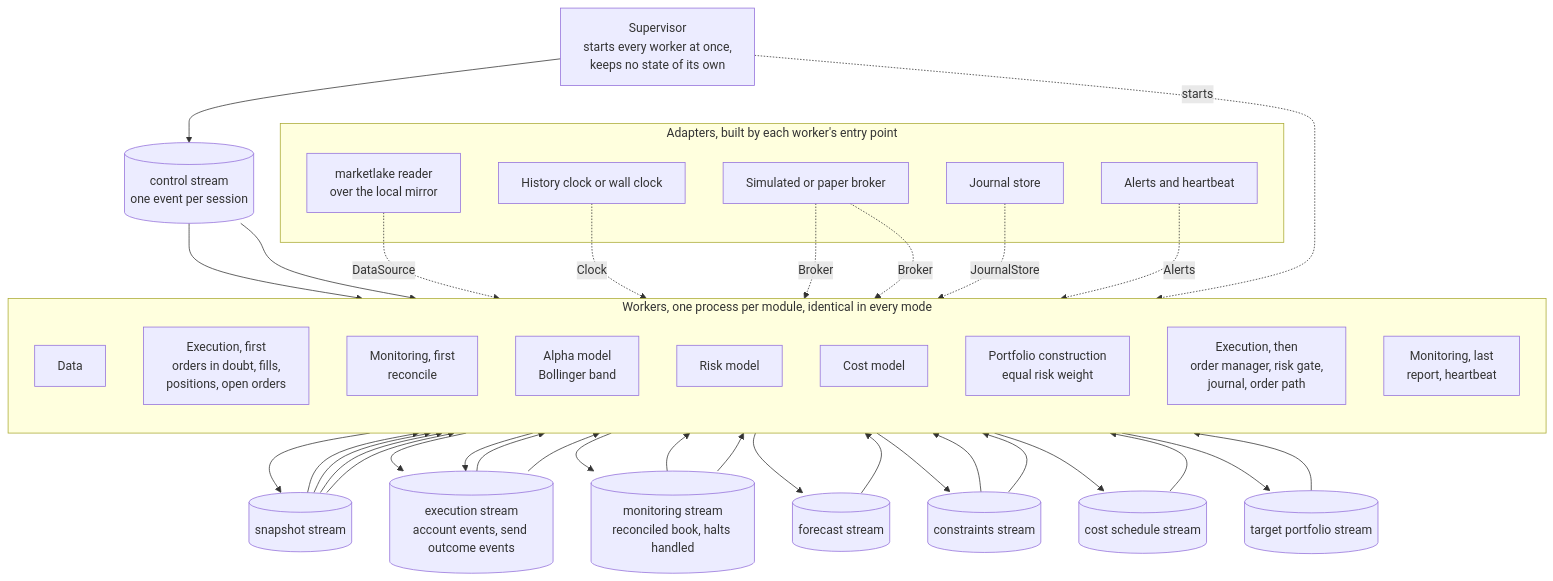
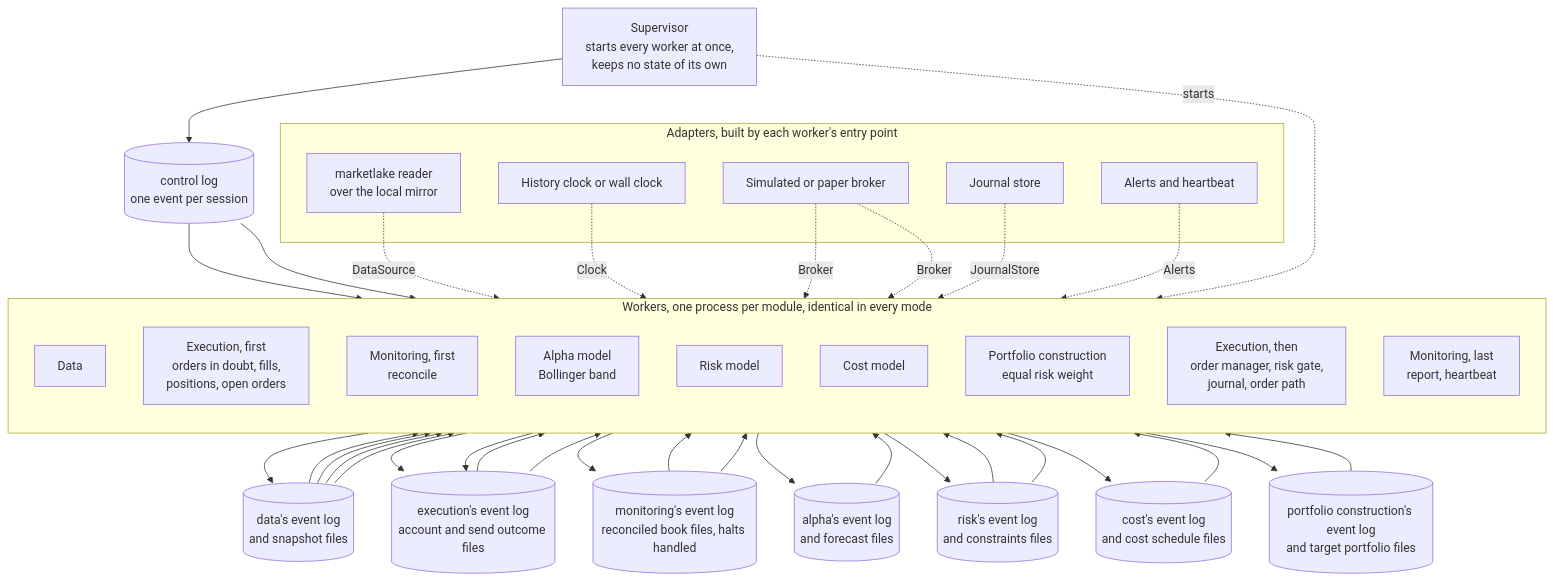
The second of 16 diagrams in docs/architecture.md (l3a0/ithildin-runtime), drawn with Mermaid before and after one commit. The commit also changed other lines of this file and 1 other file, not shown here.

````diff
--- a/docs/architecture.md
+++ b/docs/architecture.md
@@ -239,61 +243,61 @@
 ```mermaid
 flowchart TB
     sup["Supervisor<br/>starts every worker at once,<br/>keeps no state of its own"]
-    ctl[("control stream<br/>one event per session")]
+    ctl[("control log<br/>one event per session")]
     sup --> ctl
 
     subgraph workers["Workers, one process per module, identical in every mode"]
         direction TB
         data["Data"]
         exec_recover["Execution, first<br/>orders in doubt, fills,<br/>positions, open orders"]
         mon_recon["Monitoring, first<br/>reconcile"]
         alpha["Alpha model<br/>Bollinger band"]
         risk["Risk model"]
         cost["Cost model"]
         pc["Portfolio construction<br/>equal risk weight"]
         exec_send["Execution, then<br/>order manager, risk gate,<br/>journal, order path"]
         mon_report["Monitoring, last<br/>report, heartbeat"]
     end
 
-    snap[("snapshot stream")]
-    xs[("execution stream<br/>account events, send outcome events")]
-    book[("monitoring stream<br/>reconciled book, halts handled")]
-    fc[("forecast stream")]
-    cons[("constraints stream")]
-    sched[("cost schedule stream")]
-    target[("target portfolio stream")]
+    snap[("data's event log<br/>and snapshot files")]
+    xs[("execution's event log<br/>account and send outcome files")]
+    book[("monitoring's event log<br/>reconciled book files, halts handled")]
+    fc[("alpha's event log<br/>and forecast files")]
+    cons[("risk's event log<br/>and constraints files")]
+    sched[("cost's event log<br/>and cost schedule files")]
+    target[("portfolio construction's event log<br/>and target portfolio files")]
 
     ctl --> data
     ctl --> exec_recover
     data --> snap
     exec_recover --> xs --> mon_recon --> book
     snap --> alpha --> fc
     snap --> risk
     book --> risk --> cons
     snap --> cost --> sched
     fc --> pc
     cons --> pc
     sched --> pc
     book --> pc --> target
     target --> exec_send
     cons --> exec_send
     snap --> exec_send
     exec_send --> xs
     xs --> mon_report
 
     subgraph adapters["Adapters, built by each worker's entry point"]
         lakesrc["marketlake reader<br/>over the local mirror"]
         clock["History clock or wall clock"]
         broker["Simulated or paper broker"]
         journalstore["Journal store"]
         alertsink["Alerts and heartbeat"]
     end
 
     lakesrc -. "DataSource" .-> data
     clock -. "Clock" .-> data
     broker -. "Broker" .-> exec_recover
     broker -. "Broker" .-> exec_send
     journalstore -. "JournalStore" .-> exec_send
     alertsink -. "Alerts" .-> mon_report
     sup -. "starts" .-> workers
 ```
````
